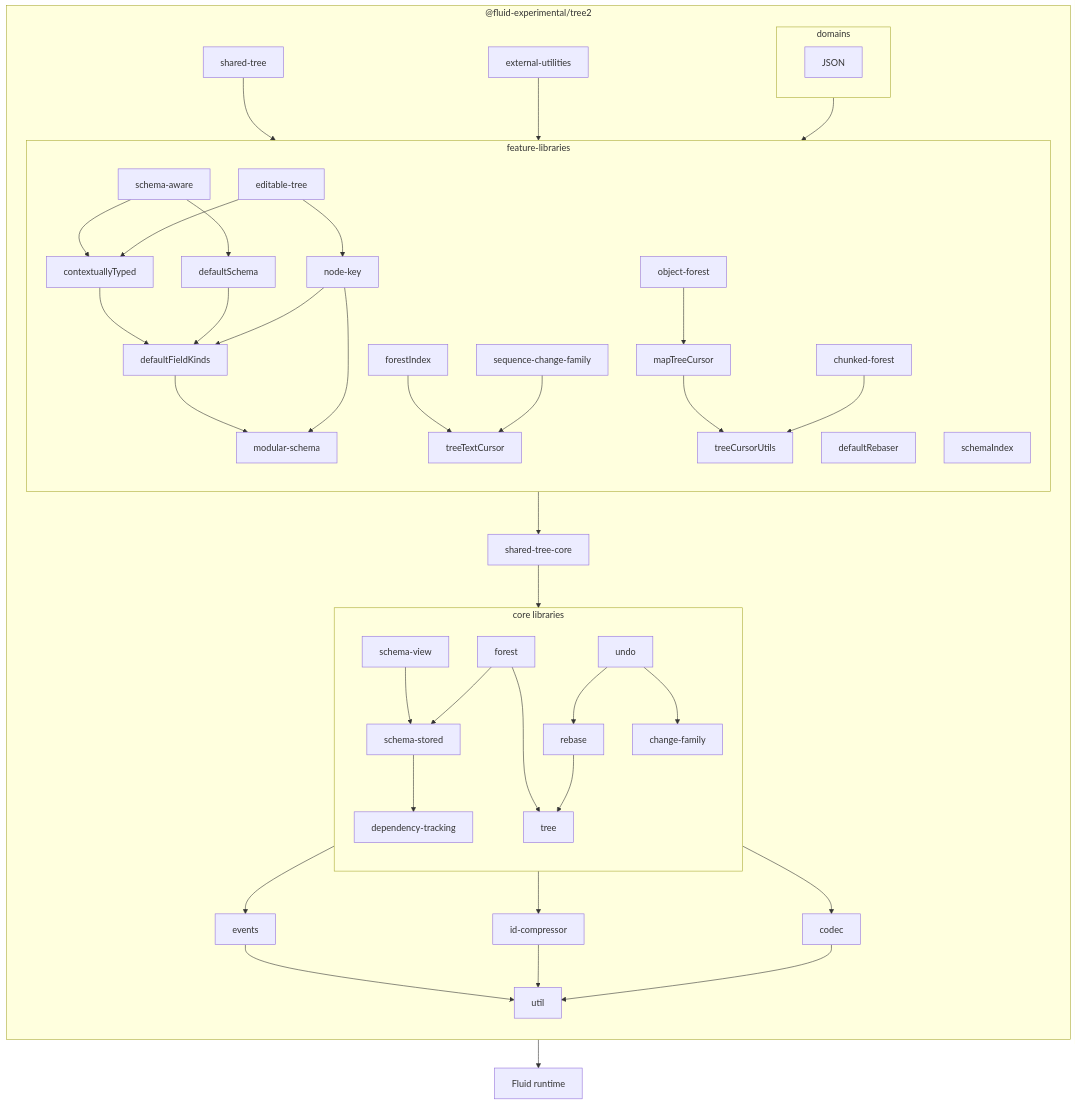
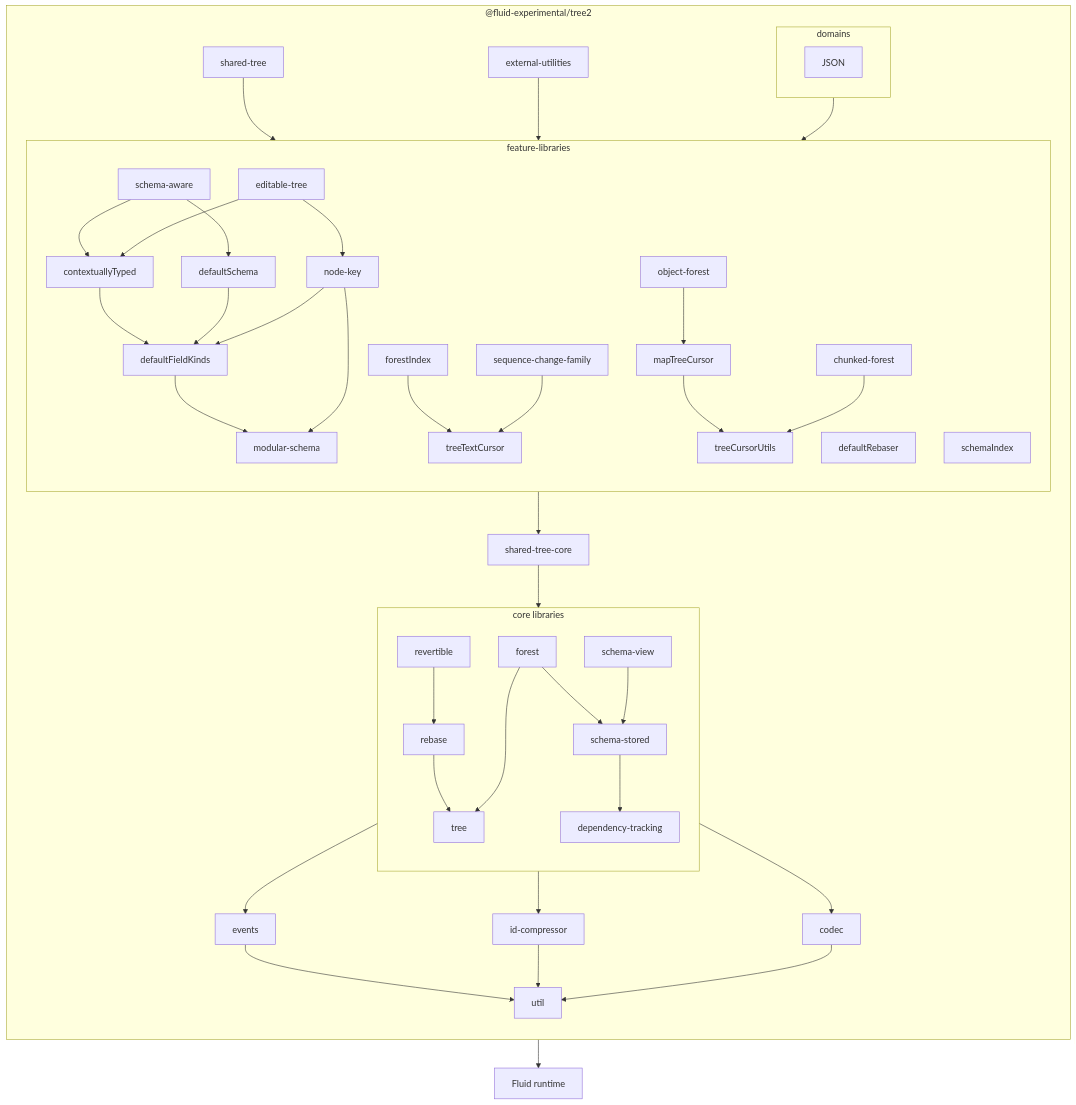
Before and after one commit to microsoft/FluidFramework: the sixth of 6 diagrams in experimental/dds/tree2/README.md, drawn with Mermaid. The commit also changed 7 other files, not shown here.

````diff
--- a/experimental/dds/tree2/README.md
+++ b/experimental/dds/tree2/README.md
@@ -331,49 +331,48 @@
 ```mermaid
 flowchart
     direction TB
     subgraph package ["@fluid-experimental/tree2"]
         direction TB
         subgraph core ["core libraries"]
             direction TB
             schema-view
             forest-->schema-stored
             rebase-->tree
             schema-stored-->dependency-tracking
             schema-view-->schema-stored
             dependency-tracking
             forest-->tree
-            undo-->rebase
-            undo-->change-family
+            revertible-->rebase
         end
         core-->events-->util
         core-->id-compressor-->util
         core-->codec-->util
         feature-->shared-tree-core
         shared-tree-core-->core
         shared-tree-->feature
         external-utilities-->feature
         subgraph feature ["feature-libraries"]
             direction TB
             schema-aware-->defaultSchema
             schema-aware-->contextuallyTyped
             editable-tree-->contextuallyTyped
             editable-tree-->node-key
             defaultRebaser
             contextuallyTyped-->defaultFieldKinds
             defaultSchema-->defaultFieldKinds-->modular-schema
             forestIndex-->treeTextCursor
             modular-schema
             node-key-->modular-schema
             node-key-->defaultFieldKinds
             object-forest-->mapTreeCursor-->treeCursorUtils
             chunked-forest-->treeCursorUtils
             schemaIndex
             sequence-change-family-->treeTextCursor
         end
         subgraph domains
             JSON
         end
         domains-->feature
     end
     package-->runtime["Fluid runtime"]
 ```
````
